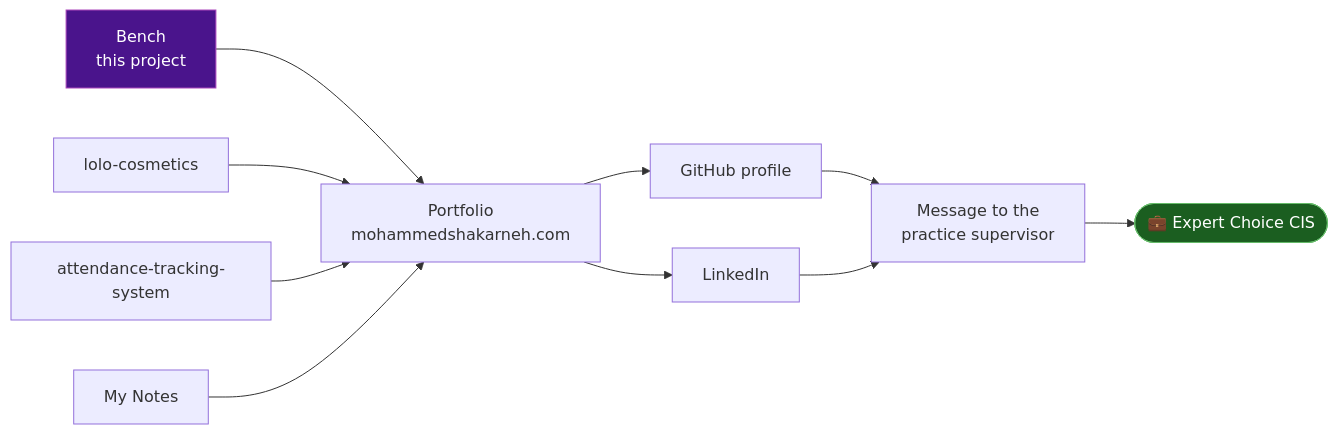
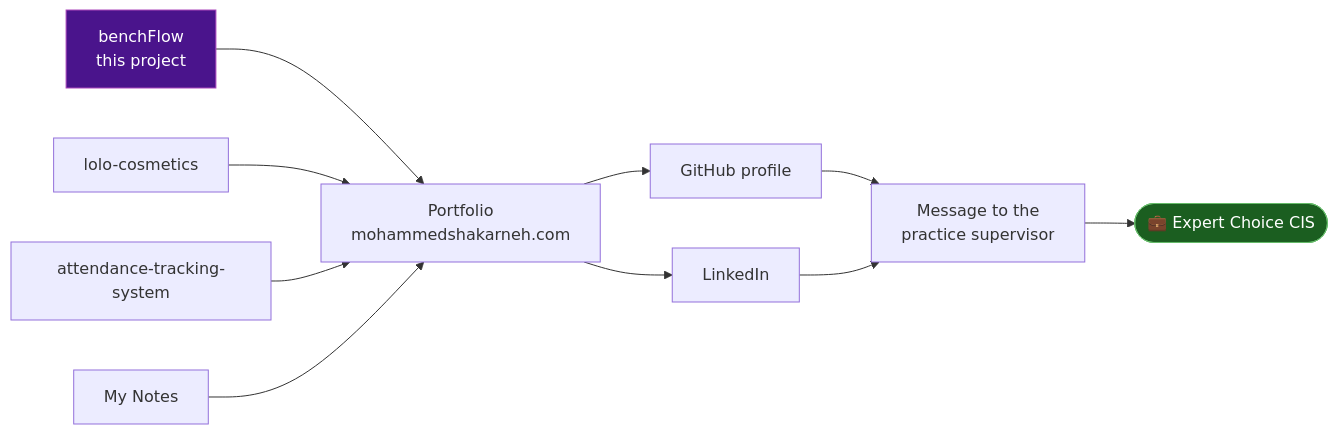
One commit to Shakarneh/BenchFlow changed diagram 13 of 13 in WORKFLOW.md. Above: the diagram before and after it, drawn with Mermaid. The commit also changed other lines of this file and 1 other file, not shown here.

Commit message:
Rename project to benchFlow and fix contradictions between the docs

````diff
--- a/WORKFLOW.md
+++ b/WORKFLOW.md
@@ -440,15 +446,15 @@
 ```mermaid
 flowchart LR
-    B["Bench<br/>this project"] --> PORT["Portfolio<br/>mohammedshakarneh.com"]
+    B["benchFlow<br/>this project"] --> PORT["Portfolio<br/>mohammedshakarneh.com"]
     L["lolo-cosmetics"] --> PORT
     A["attendance-tracking-system"] --> PORT
     N["My Notes"] --> PORT
     PORT --> GH["GitHub profile"]
     PORT --> LI["LinkedIn"]
     GH --> MSG["Message to the<br/>practice supervisor"]
     LI --> MSG
     MSG --> JOB(["💼 Expert Choice CIS"])
 
     style B fill:#4a148c,stroke:#ab47bc,color:#fff
     style JOB fill:#1b5e20,stroke:#66bb6a,color:#fff
 ```
````
